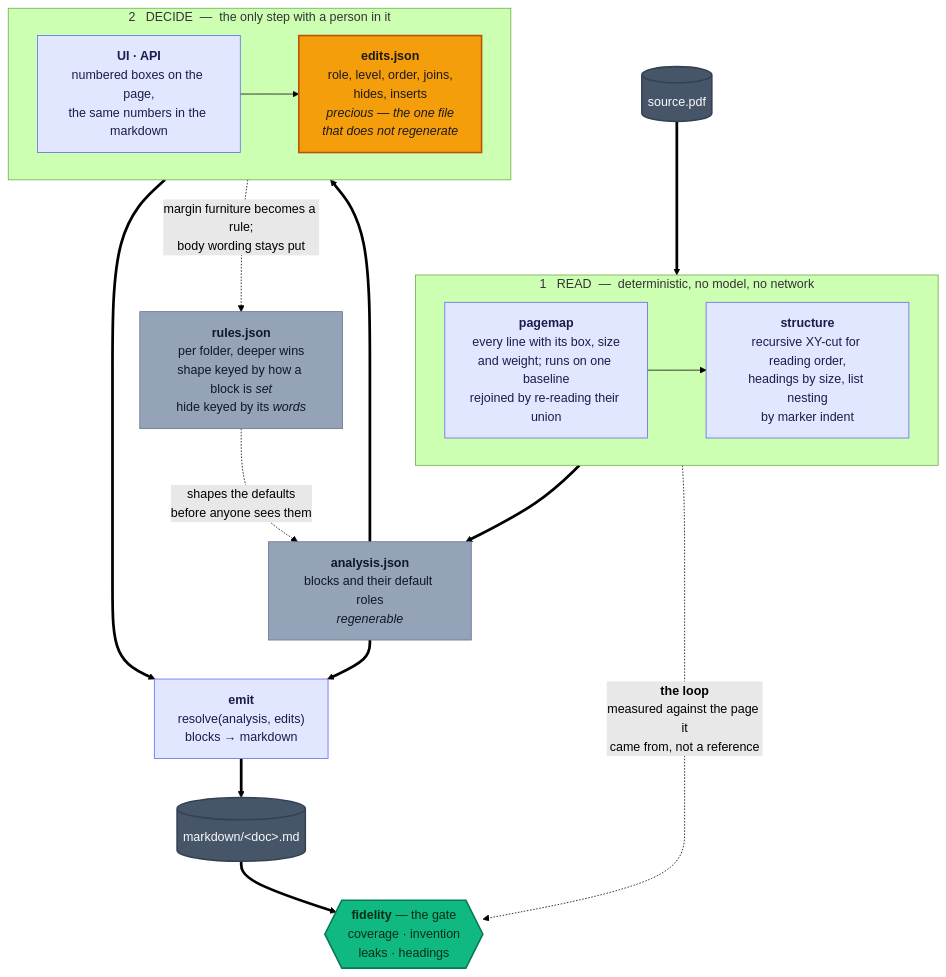
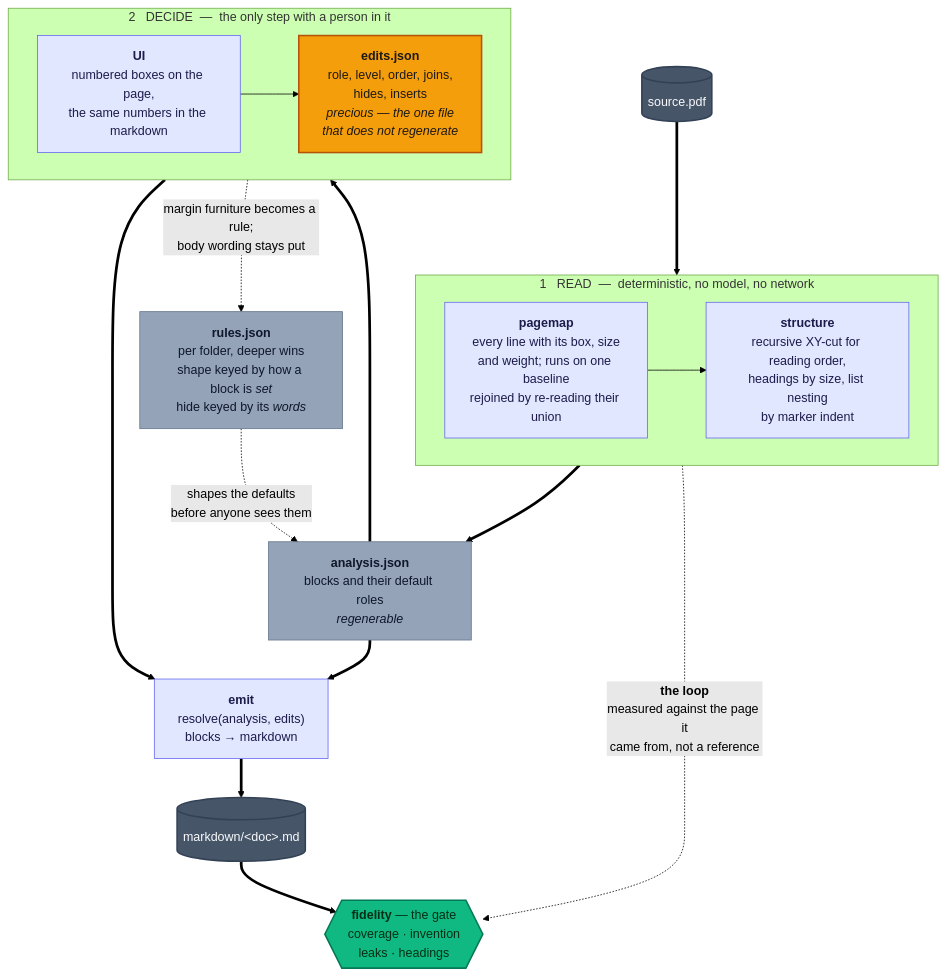
The diagram in README.md (roest1/mdgest), drawn with Mermaid (forest theme) before and after one commit. The commit also changed other lines of this file and 26 other files, not shown here.

````diff
--- a/README.md
+++ b/README.md
@@ -60,48 +60,48 @@
 ```mermaid
 flowchart TB
     PDF[("source.pdf")]
 
     subgraph READ ["1 &nbsp; READ &nbsp;&mdash;&nbsp; deterministic, no model, no network"]
         direction LR
         PM["<b>pagemap</b><br/>every line with its box, size<br/>and weight; runs on one baseline<br/>rejoined by re-reading their union"]
         ST["<b>structure</b><br/>recursive XY-cut for reading order,<br/>headings by size, list nesting<br/>by marker indent"]
         PM --> ST
     end
 
     RU["<b>rules.json</b><br/>per folder, deeper wins<br/>shape keyed by how a block is <i>set</i><br/>hide keyed by its <i>words</i>"]
     AN["<b>analysis.json</b><br/>blocks and their default roles<br/><i>regenerable</i>"]
 
     subgraph DECIDE ["2 &nbsp; DECIDE &nbsp;&mdash;&nbsp; the only step with a person in it"]
         direction LR
-        UI["<b>UI &middot; API</b><br/>numbered boxes on the page,<br/>the same numbers in the markdown"]
+        UI["<b>UI</b><br/>numbered boxes on the page,<br/>the same numbers in the markdown"]
         ED["<b>edits.json</b><br/>role, level, order, joins,<br/>hides, inserts<br/><i>precious &mdash; the one file<br/>that does not regenerate</i>"]
         UI --> ED
     end
 
     EM["<b>emit</b><br/>resolve(analysis, edits)<br/>blocks &rarr; markdown"]
     MD[("markdown/&lt;doc&gt;.md")]
     GA{{"<b>fidelity</b> &mdash; the gate<br/>coverage &middot; invention<br/>leaks &middot; headings"}}
 
     PDF ==> PM
     ST ==> AN
     RU -.->|"shapes the defaults<br/>before anyone sees them"| AN
     AN ==> UI
     AN ==> EM
     ED ==> EM
     EM ==> MD
     MD ==> GA
     PM -.->|"<b>the loop</b><br/>measured against the page it<br/>came from, not a reference"| GA
     ED -.->|"margin furniture becomes a rule;<br/>body wording stays put"| RU
 
     classDef source fill:#475569,stroke:#334155,stroke-width:2px,color:#f8fafc
     classDef regen fill:#94a3b8,stroke:#64748b,stroke-width:1px,color:#0f172a
     classDef precious fill:#f59e0b,stroke:#b45309,stroke-width:2px,color:#1c1917
     classDef gate fill:#10b981,stroke:#047857,stroke-width:2px,color:#052e16
     classDef step fill:#e0e7ff,stroke:#6366f1,stroke-width:1px,color:#1e1b4b
 
     class PDF,MD source
     class AN,RU regen
     class ED precious
     class GA gate
     class PM,ST,EM,UI step
 ```
````
